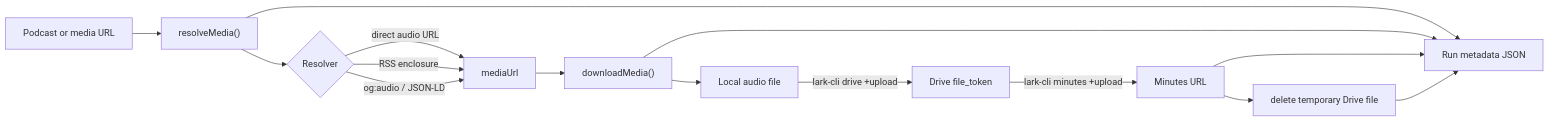
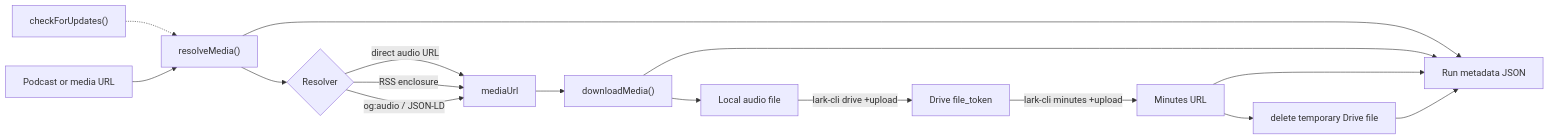
The diagram in README.md (catwithtudou/pod-lark-minutes), drawn with Mermaid before and after one commit. The commit also changed other lines of this file and 8 other files, not shown here.

````diff
--- a/README.md
+++ b/README.md
@@ -216,17 +248,18 @@
 ```mermaid
 flowchart LR
+  U["checkForUpdates()"] -.-> B
   A["Podcast or media URL"] --> B["resolveMedia()"]
   B --> C{"Resolver"}
   C -->|"direct audio URL"| D["mediaUrl"]
   C -->|"RSS enclosure"| D
   C -->|"og:audio / JSON-LD"| D
   D --> E["downloadMedia()"]
   E --> F["Local audio file"]
   F -->|"lark-cli drive +upload"| G["Drive file_token"]
   G -->|"lark-cli minutes +upload"| H["Minutes URL"]
   H --> J["delete temporary Drive file"]
   B --> I["Run metadata JSON"]
   E --> I
   H --> I
   J --> I
 ```
````
